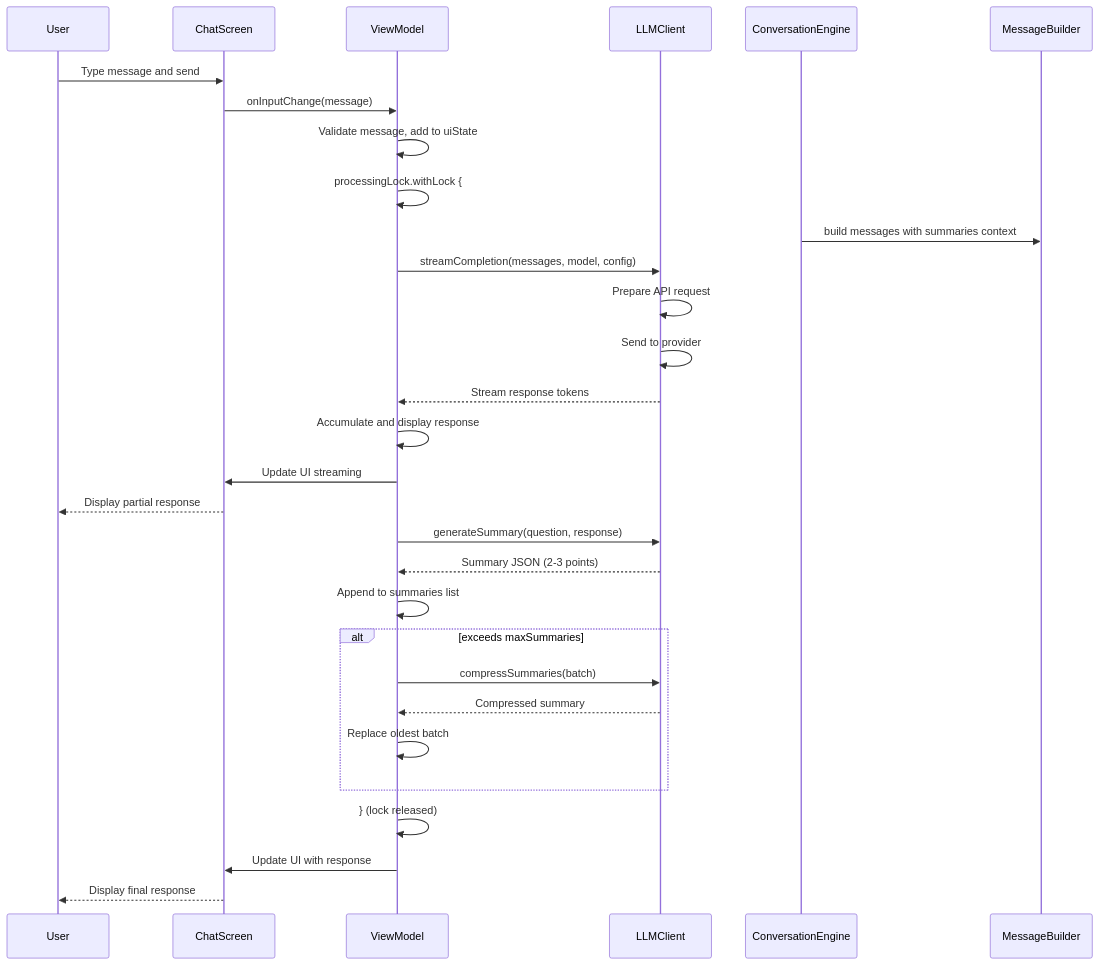
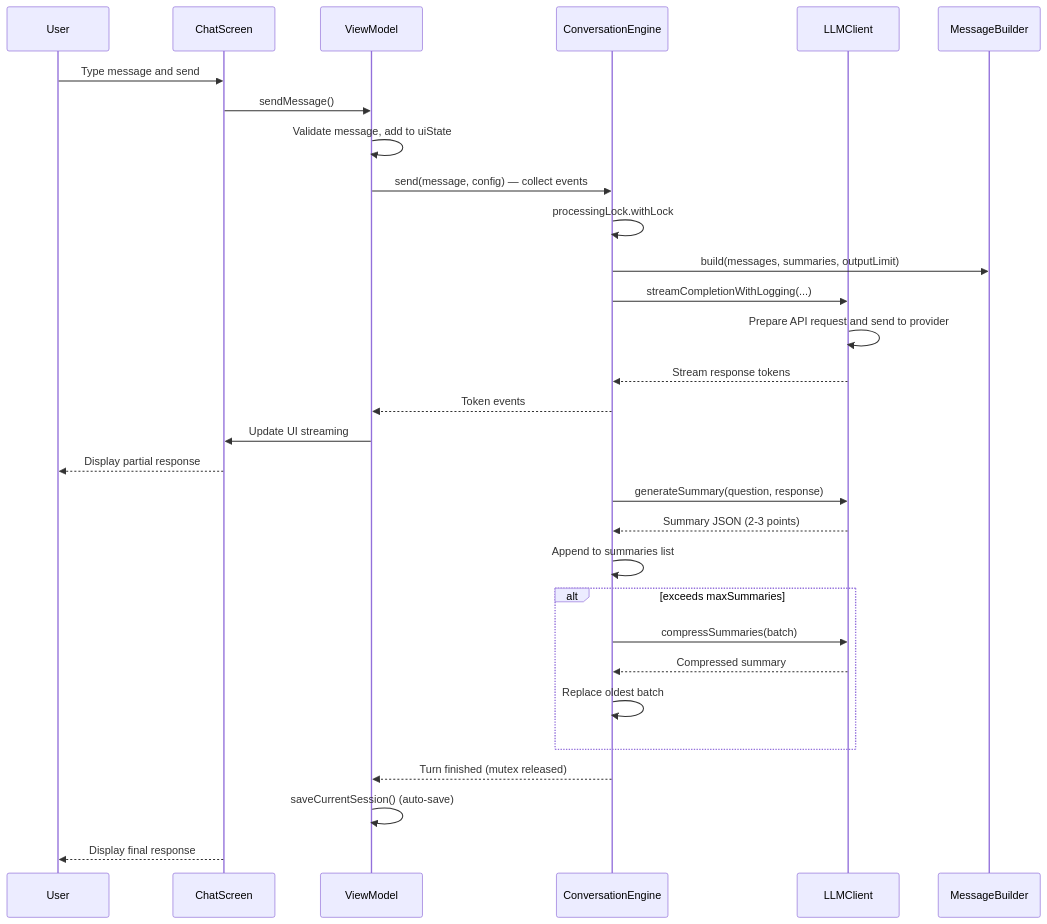
The first of 11 diagrams in docs/seq_chat.md (lehoang318/buddy), drawn with Mermaid before and after one commit. The commit also changed other lines of this file and 11 other files, not shown here.

````diff
--- a/docs/seq_chat.md
+++ b/docs/seq_chat.md
@@ -7,31 +9,32 @@
 ```mermaid
 sequenceDiagram
     participant User
     participant ChatScreen
     participant ViewModel
+    participant Engine as ConversationEngine
     participant LLMClient
 
     User->>ChatScreen: Type message and send
-    ChatScreen->>ViewModel: onInputChange(message)
+    ChatScreen->>ViewModel: sendMessage()
     ViewModel->>ViewModel: Validate message, add to uiState
-    ViewModel->>ViewModel: processingLock.withLock {
-    ConversationEngine->>MessageBuilder: build messages with summaries context
-    ViewModel->>LLMClient: streamCompletion(messages, model, config)
-    LLMClient->>LLMClient: Prepare API request
-    LLMClient->>LLMClient: Send to provider
-    LLMClient-->>ViewModel: Stream response tokens
-    ViewModel->>ViewModel: Accumulate and display response
+    ViewModel->>Engine: send(message, config) — collect events
+    Engine->>Engine: processingLock.withLock
+    Engine->>MessageBuilder: build(messages, summaries, outputLimit)
+    Engine->>LLMClient: streamCompletionWithLogging(...)
+    LLMClient->>LLMClient: Prepare API request and send to provider
+    LLMClient-->>Engine: Stream response tokens
+    Engine-->>ViewModel: Token events
     ViewModel->>ChatScreen: Update UI streaming
     ChatScreen-->>User: Display partial response
-    ViewModel->>LLMClient: generateSummary(question, response)
-    LLMClient-->>ViewModel: Summary JSON (2-3 points)
-    ViewModel->>ViewModel: Append to summaries list
+    Engine->>LLMClient: generateSummary(question, response)
+    LLMClient-->>Engine: Summary JSON (2-3 points)
+    Engine->>Engine: Append to summaries list
     alt exceeds maxSummaries
-        ViewModel->>LLMClient: compressSummaries(batch)
-        LLMClient-->>ViewModel: Compressed summary
-        ViewModel->>ViewModel: Replace oldest batch
+        Engine->>LLMClient: compressSummaries(batch)
+        LLMClient-->>Engine: Compressed summary
+        Engine->>Engine: Replace oldest batch
     end
-    ViewModel->>ViewModel: }  (lock released)
-    ViewModel->>ChatScreen: Update UI with response
+    Engine-->>ViewModel: Turn finished (mutex released)
+    ViewModel->>ViewModel: saveCurrentSession() (auto-save)
     ChatScreen-->>User: Display final response
 ```
````
